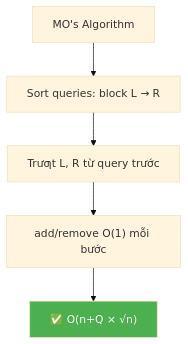
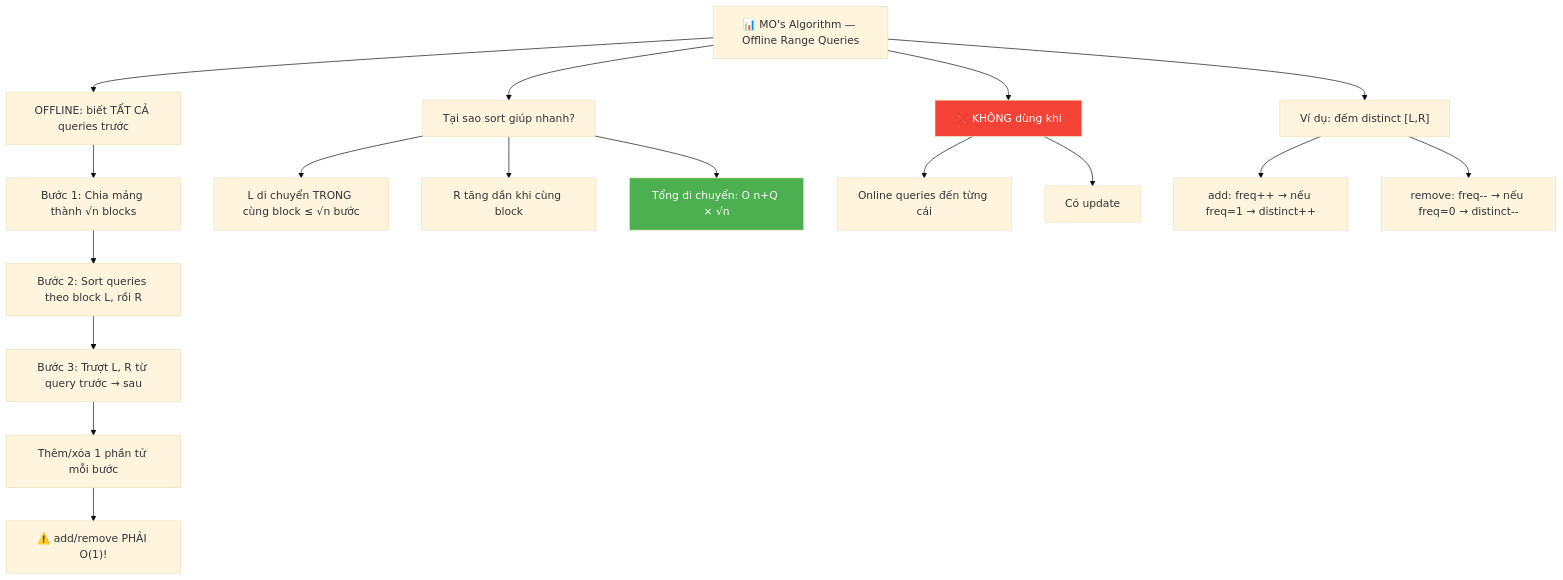
Before and after one commit to delta94e/MD-front-end: diagram 17 of 18 in algo-pratice/array/Array Prerequisites - Kiến Thức Nền Tảng.md, drawn with Mermaid (base theme). The commit also changed other lines of this file, not shown here.

````diff
--- a/algo-pratice/array/Array Prerequisites - Kiến Thức Nền Tảng.md
+++ b/algo-pratice/array/Array Prerequisites - Kiến Thức Nền Tảng.md
@@ -4552,9 +4642,26 @@
 ```mermaid
 graph TD
-    A["MO's Algorithm"] --> B["Sort queries: block L → R"]
-    B --> C["Trưƣt L, R từ query trước"]
-    C --> D["add/remove O(1) mỗi bước"]
-    D --> E["✅ O(n+Q × √n)"]
+    A["📊 MO's Algorithm — Offline Range Queries"] --> B["OFFLINE: biết TẤT CẢ queries trước"]
 
-    style E fill:#4CAF50,color:white
+    B --> C["Bước 1: Chia mảng thành √n blocks"]
+    C --> D["Bước 2: Sort queries theo block L, rồi R"]
+    D --> E["Bước 3: Trượt L, R từ query trước → sau"]
+    E --> E1["Thêm/xóa 1 phần tử mỗi bước"]
+    E1 --> E2["⚠️ add/remove PHẢI O(1)!"]
+
+    A --> F["Tại sao sort giúp nhanh?"]
+    F --> F1["L di chuyển TRONG cùng block ≤ √n bước"]
+    F --> F2["R tăng dần khi cùng block"]
+    F --> F3["Tổng di chuyển: O n+Q × √n"]
+
+    A --> G["❌ KHÔNG dùng khi"]
+    G --> G1["Online queries đến từng cái"]
+    G --> G2["Có update"]
+
+    A --> H["Ví dụ: đếm distinct [L,R]"]
+    H --> H1["add: freq++ → nếu freq=1 → distinct++"]
+    H --> H2["remove: freq-- → nếu freq=0 → distinct--"]
+
+    style F3 fill:#4CAF50,color:white
+    style G fill:#F44336,color:white
 ```
````
